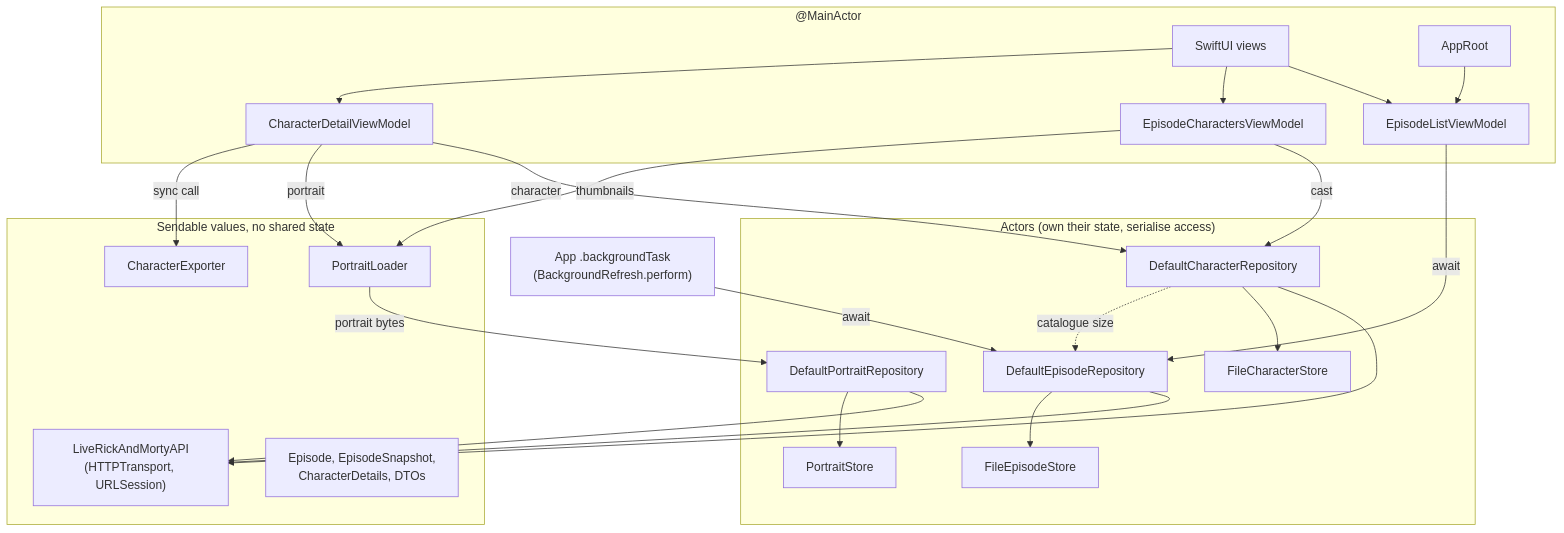
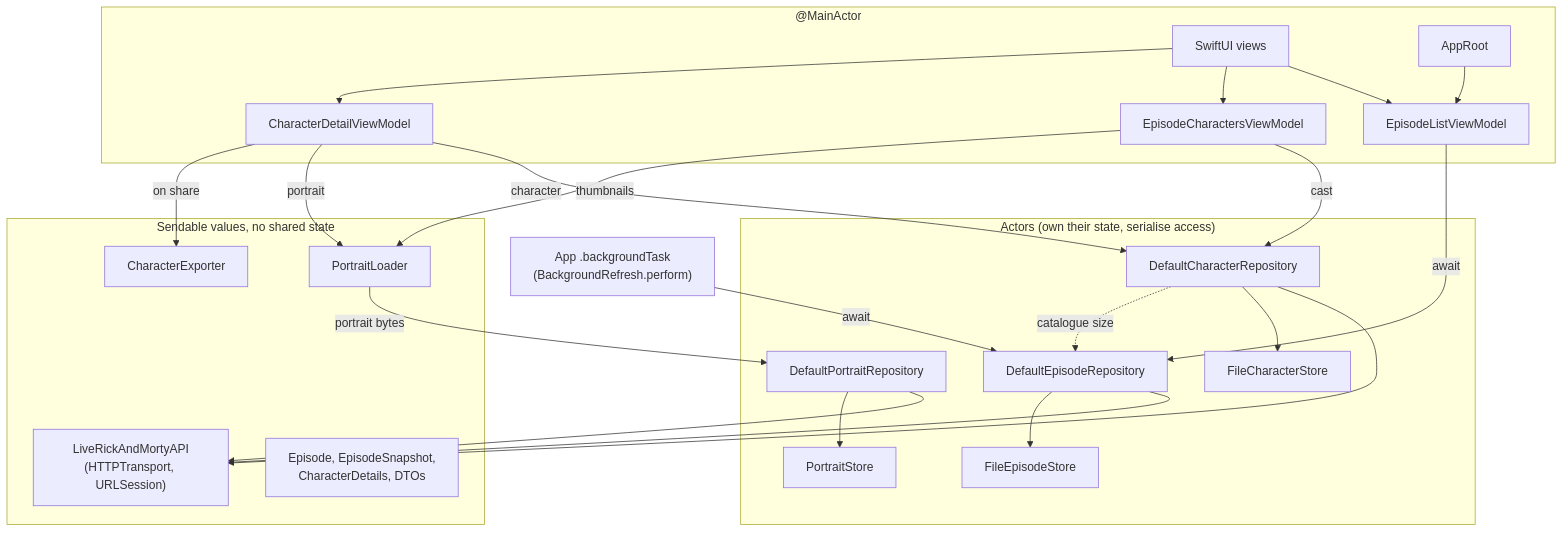
Before and after one commit to felixinjapan/rick-and-morty-episodes: the fourth of 4 diagrams in docs/architecture.md, drawn with Mermaid. The commit also changed other lines of this file and 12 other files, not shown here.

````diff
--- a/docs/architecture.md
+++ b/docs/architecture.md
@@ -100,48 +100,48 @@
 ```mermaid
 flowchart TD
     subgraph Main["@MainActor"]
         Views[SwiftUI views]
         ListVM[EpisodeListViewModel]
         CastVM[EpisodeCharactersViewModel]
         DetailVM[CharacterDetailViewModel]
         Root[AppRoot]
     end
 
     subgraph Actors["Actors (own their state, serialise access)"]
         EpRepo[DefaultEpisodeRepository]
         ChRepo[DefaultCharacterRepository]
         PortRepo[DefaultPortraitRepository]
         EpStore[FileEpisodeStore]
         ChStore[FileCharacterStore]
         Portraits[PortraitStore]
     end
 
     subgraph Values["Sendable values, no shared state"]
         API["LiveRickAndMortyAPI<br/>(HTTPTransport, URLSession)"]
         Loader[PortraitLoader]
         Exporter[CharacterExporter]
         Types["Episode, EpisodeSnapshot,<br/>CharacterDetails, DTOs"]
     end
 
     BG["App .backgroundTask<br/>(BackgroundRefresh.perform)"]
 
     Views --> ListVM
     Views --> CastVM
     Views --> DetailVM
     Root --> ListVM
     ListVM -- await --> EpRepo
     CastVM -- "cast" --> ChRepo
     CastVM -- "thumbnails" --> Loader
     DetailVM -- "character" --> ChRepo
     DetailVM -- "portrait" --> Loader
-    DetailVM -- "sync call" --> Exporter
+    DetailVM -- "on share" --> Exporter
     BG -- await --> EpRepo
     Loader -- "portrait bytes" --> PortRepo
     EpRepo --> API
     EpRepo --> EpStore
     ChRepo --> API
     ChRepo --> ChStore
     PortRepo --> API
     PortRepo --> Portraits
     ChRepo -. "catalogue size" .-> EpRepo
 ```
````
